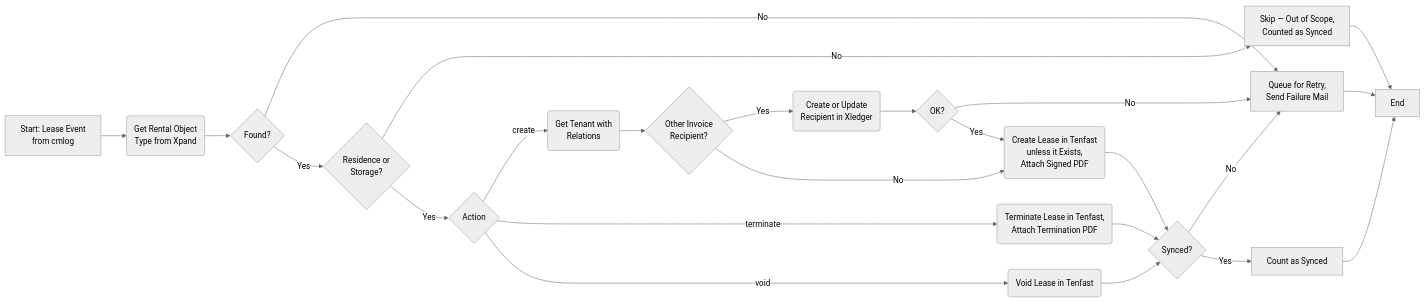
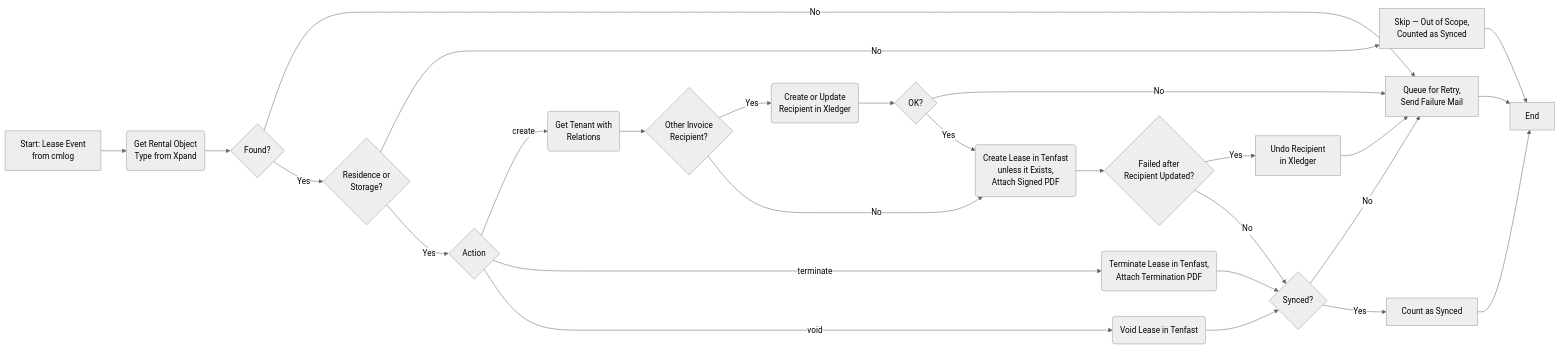
The first of 2 diagrams in core/src/scripts/sync-leases/DOCS_Sync_Leases.md (Bostads-AB-Mimer/onecore), drawn with Mermaid (neutral theme) before and after one commit. The commit also changed other lines of this file and 2 other files, not shown here.

First line of the commit message:
docs: describe step order and undo in the sync docs

````diff
--- a/core/src/scripts/sync-leases/DOCS_Sync_Leases.md
+++ b/core/src/scripts/sync-leases/DOCS_Sync_Leases.md
@@ -104,26 +104,29 @@
 ```mermaid
 flowchart LR
 A[Start: Lease Event<br/>from cmlog] --> B(Get Rental Object<br/>Type from Xpand)
 B --> Bq{Found?}
 Bq --> |No| Q[Queue for Retry,<br/>Send Failure Mail]
 Bq --> |Yes| C{Residence or<br/>Storage?}
 C --> |No| S[Skip — Out of Scope,<br/>Counted as Synced]
 C --> |Yes| D{Action}
 D --> |create| E(Get Tenant with<br/>Relations)
 E --> Eq{Other Invoice<br/>Recipient?}
 Eq --> |Yes| F(Create or Update<br/>Recipient in Xledger)
 Eq --> |No| G
 F --> Fq{OK?}
 Fq --> |No| Q
 Fq --> |Yes| G(Create Lease in Tenfast<br/>unless it Exists,<br/>Attach Signed PDF)
+G --> Gq{Failed after<br/>Recipient Updated?}
+Gq --> |Yes| Ux[Undo Recipient<br/>in Xledger]
+Ux --> Q
 D --> |terminate| H(Terminate Lease in Tenfast,<br/>Attach Termination PDF)
 D --> |void| I(Void Lease in Tenfast)
-G --> R{Synced?}
+Gq --> |No| R{Synced?}
 H --> R
 I --> R
 R --> |No| Q
 R --> |Yes| N[Count as Synced]
 Q --> Z[End]
 S --> Z
 N --> Z
 ```
````
